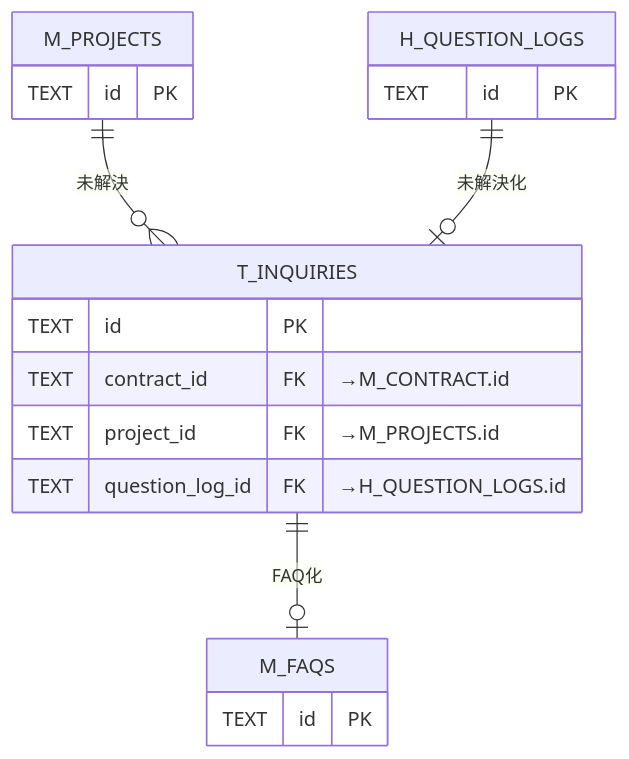
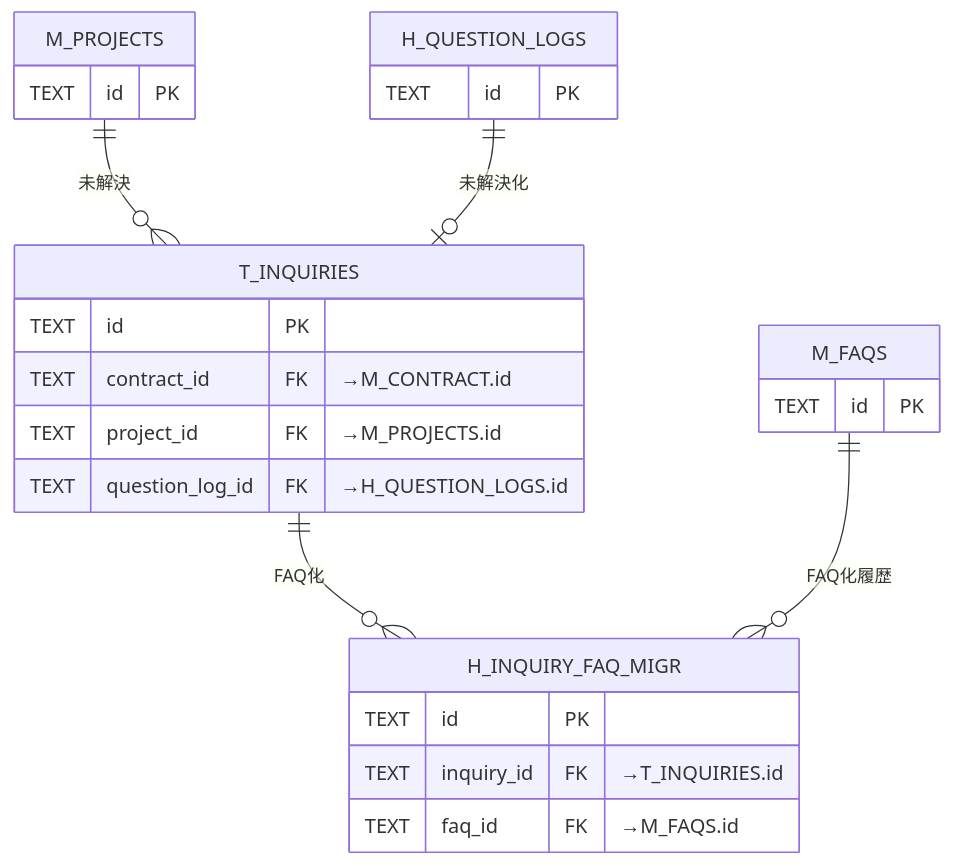
Before and after one commit to sikakou54/open-faq: the eighth of 12 diagrams in 02_basic-design/03_database-design.md, drawn with Mermaid. The commit also changed other lines of this file and 5 other files, not shown here.

````diff
--- a/02_basic-design/03_database-design.md
+++ b/02_basic-design/03_database-design.md
@@ -233,13 +236,17 @@
 ```mermaid
 erDiagram
   T_INQUIRIES { TEXT id PK
     TEXT contract_id FK "→M_CONTRACT.id"
     TEXT project_id FK "→M_PROJECTS.id"
     TEXT question_log_id FK "→H_QUESTION_LOGS.id" }
   M_PROJECTS { TEXT id PK }
   H_QUESTION_LOGS { TEXT id PK }
   M_FAQS { TEXT id PK }
+  H_INQUIRY_FAQ_MIGR { TEXT id PK
+    TEXT inquiry_id FK "→T_INQUIRIES.id"
+    TEXT faq_id FK "→M_FAQS.id" }
   M_PROJECTS ||--o{ T_INQUIRIES : "未解決"
   H_QUESTION_LOGS ||--o| T_INQUIRIES : "未解決化"
-  T_INQUIRIES ||--o| M_FAQS : "FAQ化"
+  T_INQUIRIES ||--o{ H_INQUIRY_FAQ_MIGR : "FAQ化"
+  M_FAQS ||--o{ H_INQUIRY_FAQ_MIGR : "FAQ化履歴"
 ```
````
